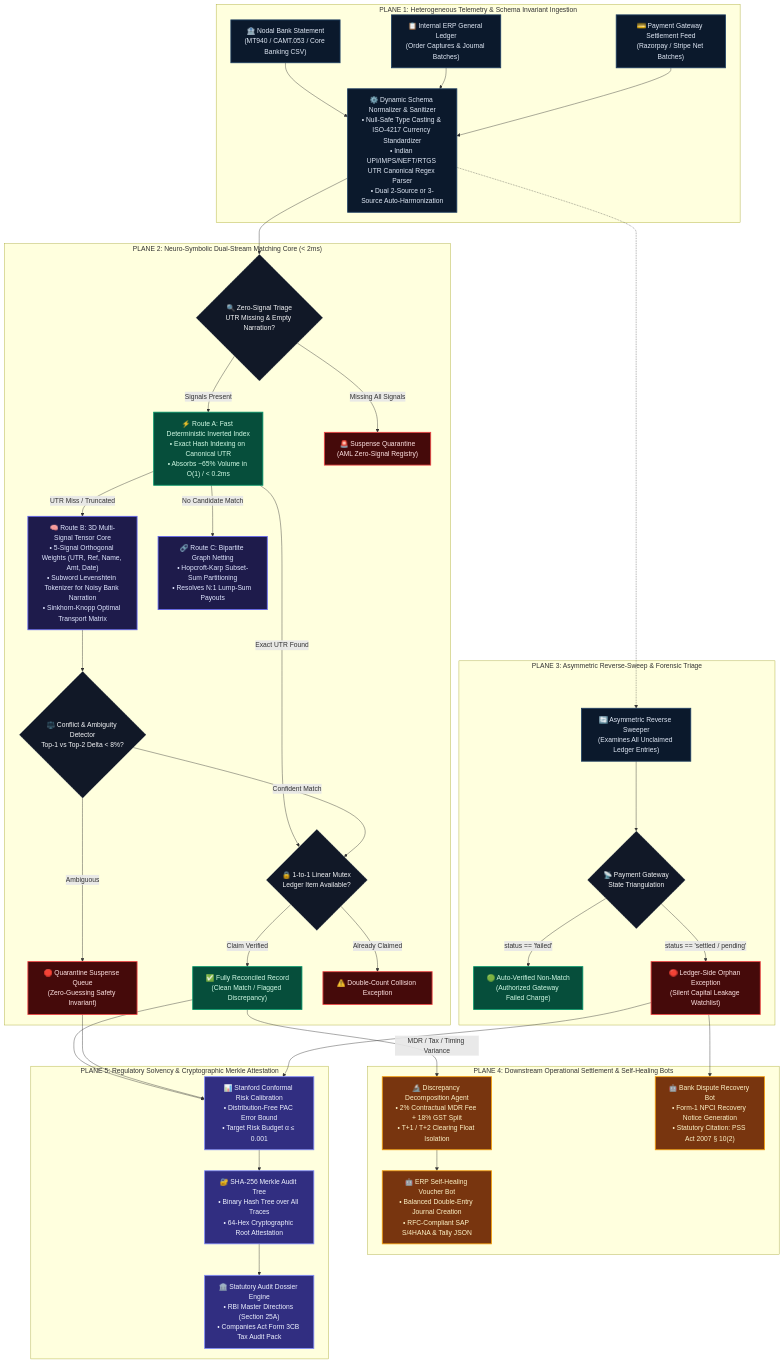
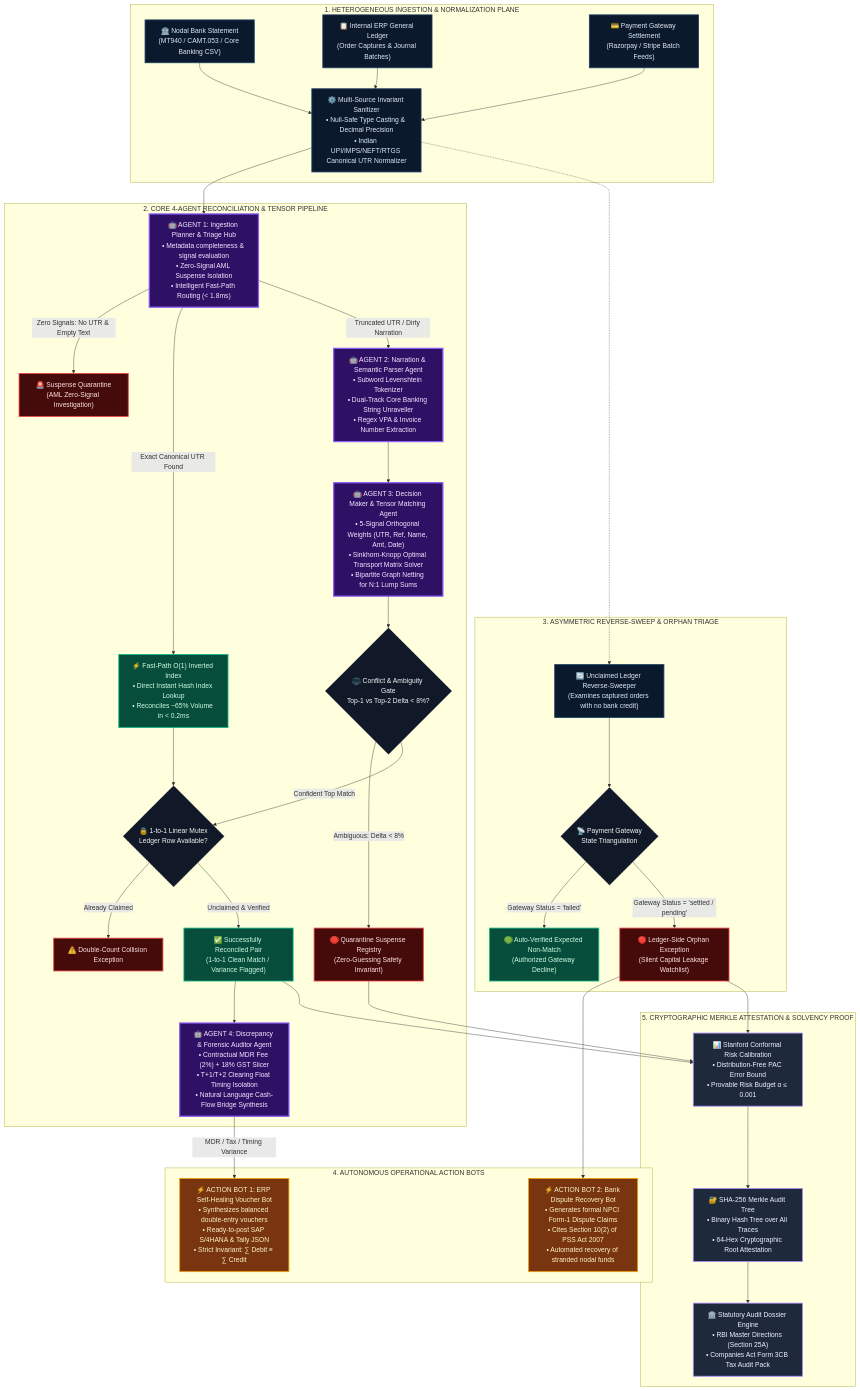
Before and after one commit to tharvin-byte/Razorpay-buildathon: the diagram in README.md, drawn with Mermaid.

Commit message:
docs: align architecture blueprint and explicitly feature 4 cognitive agents and 2 action bots

````diff
--- a/README.md
+++ b/README.md
@@ -66,70 +66,80 @@
 ```mermaid
-flowchart TB
-    %% Class Definitions for Enterprise Architectural Planes
-    classDef ingest fill:#0B192C,stroke:#1E3E62,stroke-width:2px,color:#E0E8F5;
-    classDef fastpath fill:#064E3B,stroke:#059669,stroke-width:2px,color:#D1FAE5;
-    classDef tensor fill:#1E1B4B,stroke:#6366F1,stroke-width:2px,color:#E0E7FF;
+flowchart TD
+    %% Class Definitions for High-Contrast Enterprise Styling
+    classDef source fill:#0B192C,stroke:#1E3E62,stroke-width:2px,color:#E0E8F5;
+    classDef agent fill:#2E1065,stroke:#8B5CF6,stroke-width:3px,color:#F3E8FF;
+    classDef fastpath fill:#064E3B,stroke:#10B981,stroke-width:2px,color:#D1FAE5;
     classDef quarantine fill:#450A0A,stroke:#EF4444,stroke-width:2px,color:#FEE2E2;
-    classDef actions fill:#78350F,stroke:#F59E0B,stroke-width:2px,color:#FEF3C7;
-    classDef audit fill:#312E81,stroke:#818CF8,stroke-width:2px,color:#EEF2FF;
-    classDef router fill:#111827,stroke:#9CA3AF,stroke-dasharray: 4 4,color:#F3F4F6;
+    classDef actionbot fill:#78350F,stroke:#F59E0B,stroke-width:2px,color:#FEF3C7;
+    classDef crypto fill:#1E293B,stroke:#A78BFA,stroke-width:2px,color:#EEF2FF;
+    classDef gate fill:#111827,stroke:#9CA3AF,stroke-dasharray: 4 4,color:#F3F4F6;
 
-    subgraph Plane1 ["PLANE 1: Heterogeneous Telemetry & Schema Invariant Ingestion"]
-        B["🏦 Nodal Bank Statement<br/>(MT940 / CAMT.053 / Core Banking CSV)"]:::ingest
-        L["📋 Internal ERP General Ledger<br/>(Order Captures & Journal Batches)"]:::ingest
-        S["💳 Payment Gateway Settlement Feed<br/>(Razorpay / Stripe Net Batches)"]:::ingest
-        NORM["⚙️ Dynamic Schema Normalizer & Sanitizer<br/>• Null-Safe Type Casting & ISO-4217 Currency Standardizer<br/>• Indian UPI/IMPS/NEFT/RTGS UTR Canonical Regex Parser<br/>• Dual 2-Source or 3-Source Auto-Harmonization"]:::ingest
-        B --> NORM
-        L --> NORM
-        S --> NORM
+    subgraph S1 ["1. HETEROGENEOUS INGESTION & NORMALIZATION PLANE"]
+        B["🏦 Nodal Bank Statement<br/>(MT940 / CAMT.053 / Core Banking CSV)"]:::source
+        L["📋 Internal ERP General Ledger<br/>(Order Captures & Journal Batches)"]:::source
+        P["💳 Payment Gateway Settlement<br/>(Razorpay / Stripe Batch Feeds)"]:::source
+        ADAPT["⚙️ Multi-Source Invariant Sanitizer<br/>• Null-Safe Type Casting & Decimal Precision<br/>• Indian UPI/IMPS/NEFT/RTGS Canonical UTR Normalizer"]:::source
+        B --> ADAPT
+        L --> ADAPT
+        P --> ADAPT
     end
 
-    subgraph Plane2 ["PLANE 2: Neuro-Symbolic Dual-Stream Matching Core (< 2ms)"]
-        ZT{"🔍 Zero-Signal Triage<br/>UTR Missing & Empty Narration?"}:::router
-        NORM --> ZT
+    subgraph S2 ["2. CORE 4-AGENT RECONCILIATION & TENSOR PIPELINE"]
+        AG1["🤖 AGENT 1: Ingestion Planner & Triage Hub<br/>• Metadata completeness & signal evaluation<br/>• Zero-Signal AML Suspense Isolation<br/>• Intelligent Fast-Path Routing (< 1.8ms)"]:::agent
+        ADAPT --> AG1
+
+        AG1 -->|Zero Signals: No UTR & Empty Text| QUAR_AML["🚨 Suspense Quarantine<br/>(AML Zero-Signal Investigation)"]:::quarantine
         
-        ZT -->|Signals Present| FP["⚡ Route A: Fast Deterministic Inverted Index<br/>• Exact Hash Indexing on Canonical UTR<br/>• Absorbs ~65% Volume in O(1) / < 0.2ms"]:::fastpath
-        ZT -->|Missing All Signals| SUSP["🚨 Suspense Quarantine<br/>(AML Zero-Signal Registry)"]:::quarantine
+        AG1 -->|Exact Canonical UTR Found| FAST["⚡ Fast-Path O(1) Inverted Index<br/>• Direct Instant Hash Index Lookup<br/>• Reconciles ~65% Volume in < 0.2ms"]:::fastpath
 
-        FP -->|Exact UTR Found| MUTEX{"🔒 1-to-1 Linear Mutex<br/>Ledger Item Available?"}:::router
-        FP -->|UTR Miss / Truncated| TENSOR["🧠 Route B: 3D Multi-Signal Tensor Core<br/>• 5-Signal Orthogonal Weights (UTR, Ref, Name, Amt, Date)<br/>• Subword Levenshtein Tokenizer for Noisy Bank Narration<br/>• Sinkhorn-Knopp Optimal Transport Matrix"]:::tensor
+        AG1 -->|Truncated UTR / Dirty Narration| AG2["🤖 AGENT 2: Narration & Semantic Parser Agent<br/>• Subword Levenshtein Tokenizer<br/>• Dual-Track Core Banking String Unraveller<br/>• Regex VPA & Invoice Number Extraction"]:::agent
 
-        TENSOR --> AMB{"⚖️ Conflict & Ambiguity Detector<br/>Top-1 vs Top-2 Delta < 8%?"}:::router
-        AMB -->|Ambiguous| QUAR["🛑 Quarantine Suspense Queue<br/>(Zero-Guessing Safety Invariant)"]:::quarantine
-        AMB -->|Confident Match| MUTEX
+        AG2 --> AG3["🤖 AGENT 3: Decision Maker & Tensor Matching Agent<br/>• 5-Signal Orthogonal Weights (UTR, Ref, Name, Amt, Date)<br/>• Sinkhorn-Knopp Optimal Transport Matrix Solver<br/>• Bipartite Graph Netting for N:1 Lump Sums"]:::agent
 
-        MUTEX -->|Claim Verified| MATCHED["✅ Fully Reconciled Record<br/>(Clean Match / Flagged Discrepancy)"]:::fastpath
-        MUTEX -->|Already Claimed| DUP["⚠️ Double-Count Collision Exception"]:::quarantine
+        FAST --> MUTEX{"🔒 1-to-1 Linear Mutex<br/>Ledger Row Available?"}:::gate
+        AG3 --> CONFLICT{"⚖️ Conflict & Ambiguity Gate<br/>Top-1 vs Top-2 Delta < 8%?"}:::gate
 
-        FP -->|No Candidate Match| BATCH["🔗 Route C: Bipartite Graph Netting<br/>• Hopcroft-Karp Subset-Sum Partitioning<br/>• Resolves N:1 Lump-Sum Payouts"]:::tensor
+        CONFLICT -->|Ambiguous: Delta < 8%| QUAR_AMB["🛑 Quarantine Suspense Registry<br/>(Zero-Guessing Safety Invariant)"]:::quarantine
+        CONFLICT -->|Confident Top Match| MUTEX
+
+        MUTEX -->|Already Claimed| COLLISION["⚠️ Double-Count Collision Exception"]:::quarantine
+        MUTEX -->|Unclaimed & Verified| RECON_OK["✅ Successfully Reconciled Pair<br/>(1-to-1 Clean Match / Variance Flagged)"]:::fastpath
+
+        RECON_OK --> AG4["🤖 AGENT 4: Discrepancy & Forensic Auditor Agent<br/>• Contractual MDR Fee (2%) + 18% GST Slicer<br/>• T+1/T+2 Clearing Float Timing Isolation<br/>• Natural Language Cash-Flow Bridge Synthesis"]:::agent
     end
 
-    subgraph Plane3 ["PLANE 3: Asymmetric Reverse-Sweep & Forensic Triage"]
-        REV["🔄 Asymmetric Reverse Sweeper<br/>(Examines All Unclaimed Ledger Entries)"]:::ingest
-        NORM -.-> REV
+    subgraph S3 ["3. ASYMMETRIC REVERSE-SWEEP & ORPHAN TRIAGE"]
+        REV["🔄 Unclaimed Ledger Reverse-Sweeper<br/>(Examines captured orders with no bank credit)"]:::source
+        ADAPT -.-> REV
         
-        GW_CHECK{"📡 Payment Gateway<br/>State Triangulation"}:::router
+        GW_CHECK{"📡 Payment Gateway<br/>State Triangulation"}:::gate
         REV --> GW_CHECK
         
-        GW_CHECK -->|status == 'failed'| EXP_FAIL["🟢 Auto-Verified Non-Match<br/>(Authorized Gateway Failed Charge)"]:::fastpath
-        GW_CHECK -->|status == 'settled / pending'| ORPHAN["🔴 Ledger-Side Orphan Exception<br/>(Silent Capital Leakage Watchlist)"]:::quarantine
+        GW_CHECK -->|Gateway Status = 'failed'| AUTO_FAIL["🟢 Auto-Verified Expected Non-Match<br/>(Authorized Gateway Decline)"]:::fastpath
+        GW_CHECK -->|Gateway Status = 'settled / pending'| LEDGER_ORPHAN["🔴 Ledger-Side Orphan Exception<br/>(Silent Capital Leakage Watchlist)"]:::quarantine
     end
 
-    subgraph Plane4 ["PLANE 4: Downstream Operational Settlement & Self-Healing Bots"]
-        MATCHED -->|MDR / Tax / Timing Variance| FORENSIC["🔬 Discrepancy Decomposition Agent<br/>• 2% Contractual MDR Fee + 18% GST Split<br/>• T+1 / T+2 Clearing Float Isolation"]:::actions
-        
-        FORENSIC --> ERP_BOT["🤖 ERP Self-Healing Voucher Bot<br/>• Balanced Double-Entry Journal Creation<br/>• RFC-Compliant SAP S/4HANA & Tally JSON"]:::actions
-        
-        ORPHAN --> DISP_BOT["🤖 Bank Dispute Recovery Bot<br/>• Form-1 NPCI Recovery Notice Generation<br/>• Statutory Citation: PSS Act 2007 § 10(2)"]:::actions
+    subgraph S4 ["4. AUTONOMOUS OPERATIONAL ACTION BOTS"]
+        BOT1["⚡ ACTION BOT 1: ERP Self-Healing Voucher Bot<br/>• Synthesizes balanced double-entry vouchers<br/>• Ready-to-post SAP S/4HANA & Tally JSON<br/>• Strict Invariant: ∑ Debit ≡ ∑ Credit"]:::actionbot
+
+        BOT2["⚡ ACTION BOT 2: Bank Dispute Recovery Bot<br/>• Generates formal NPCI Form-1 Dispute Claims<br/>• Cites Section 10(2) of PSS Act 2007<br/>• Automated recovery of stranded nodal funds"]:::actionbot
+
+        AG4 -->|MDR / Tax / Timing Variance| BOT1
+        LEDGER_ORPHAN --> BOT2
     end
 
-    subgraph Plane5 ["PLANE 5: Regulatory Solvency & Cryptographic Merkle Attestation"]
-        MATCHED --> CRC["📊 Stanford Conformal Risk Calibration<br/>• Distribution-Free PAC Error Bound<br/>• Target Risk Budget α ≤ 0.001"]:::audit
-        QUAR --> CRC
-        ORPHAN --> CRC
+    subgraph S5 ["5. CRYPTOGRAPHIC MERKLE ATTESTATION & SOLVENCY PROOF"]
+        PAC["📊 Stanford Conformal Risk Calibration<br/>• Distribution-Free PAC Error Bound<br/>• Provable Risk Budget α ≤ 0.001"]:::crypto
         
-        CRC --> MERKLE["🔐 SHA-256 Merkle Audit Tree<br/>• Binary Hash Tree over All Traces<br/>• 64-Hex Cryptographic Root Attestation"]:::audit
+        MERKLE["🔐 SHA-256 Merkle Audit Tree<br/>• Binary Hash Tree over All Traces<br/>• 64-Hex Cryptographic Root Attestation"]:::crypto
         
-        MERKLE --> DOSSIER["🏛️ Statutory Audit Dossier Engine<br/>• RBI Master Directions (Section 25A)<br/>• Companies Act Form 3CB Tax Audit Pack"]:::audit
+        DOSSIER["🏛️ Statutory Audit Dossier Engine<br/>• RBI Master Directions (Section 25A)<br/>• Companies Act Form 3CB Tax Audit Pack"]:::crypto
+
+        RECON_OK --> PAC
+        QUAR_AMB --> PAC
+        LEDGER_ORPHAN --> PAC
+        
+        PAC --> MERKLE
+        MERKLE --> DOSSIER
     end
 ```
````
